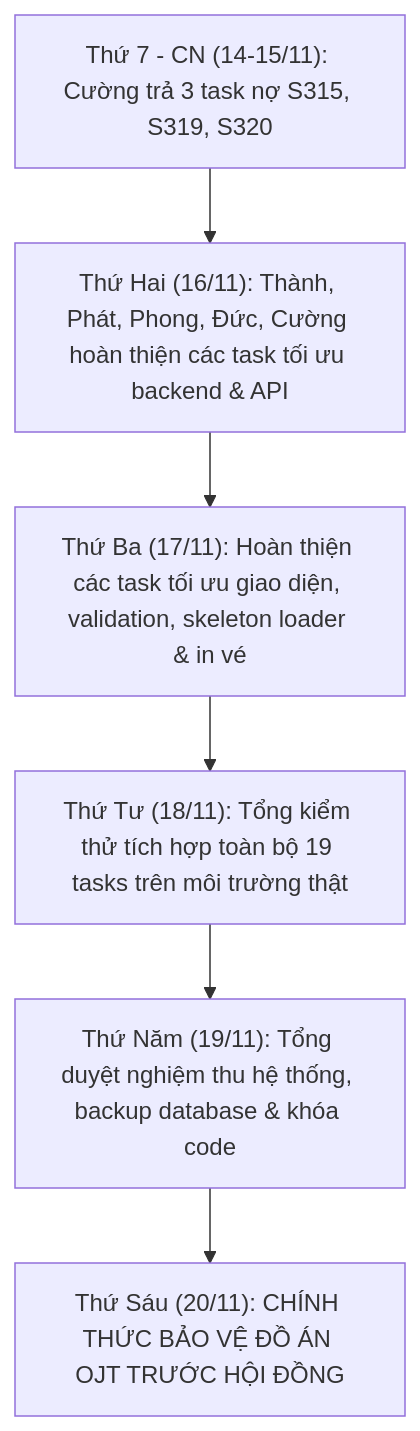
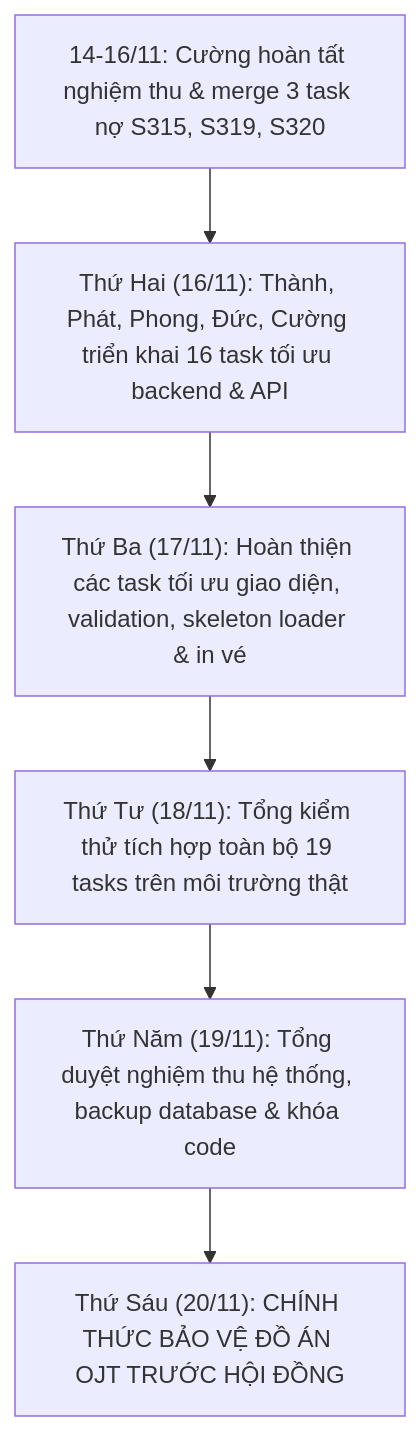
One commit to phamcongthanhvn2k6/traveleasy-platform changed the diagram in docs/04-agile-and-sprints/SPRINT_4_README.md. Above: the diagram before and after it, drawn with Mermaid. The commit also changed other lines of this file and 4 other files, not shown here.

````diff
--- a/docs/04-agile-and-sprints/SPRINT_4_README.md
+++ b/docs/04-agile-and-sprints/SPRINT_4_README.md
@@ -99,8 +99,8 @@
 ```mermaid
 flowchart TD
-    D1["Thứ 7 - CN (14-15/11): Cường trả 3 task nợ S315, S319, S320"] --> D2["Thứ Hai (16/11): Thành, Phát, Phong, Đức, Cường hoàn thiện các task tối ưu backend & API"]
+    D1["14-16/11: Cường hoàn tất nghiệm thu & merge 3 task nợ S315, S319, S320"] --> D2["Thứ Hai (16/11): Thành, Phát, Phong, Đức, Cường triển khai 16 task tối ưu backend & API"]
     D2 --> D3["Thứ Ba (17/11): Hoàn thiện các task tối ưu giao diện, validation, skeleton loader & in vé"]
     D3 --> D4["Thứ Tư (18/11): Tổng kiểm thử tích hợp toàn bộ 19 tasks trên môi trường thật"]
     D4 --> D5["Thứ Năm (19/11): Tổng duyệt nghiệm thu hệ thống, backup database & khóa code"]
     D5 --> D6["Thứ Sáu (20/11): CHÍNH THỨC BẢO VỆ ĐỒ ÁN OJT TRƯỚC HỘI ĐỒNG"]
 ```
````
